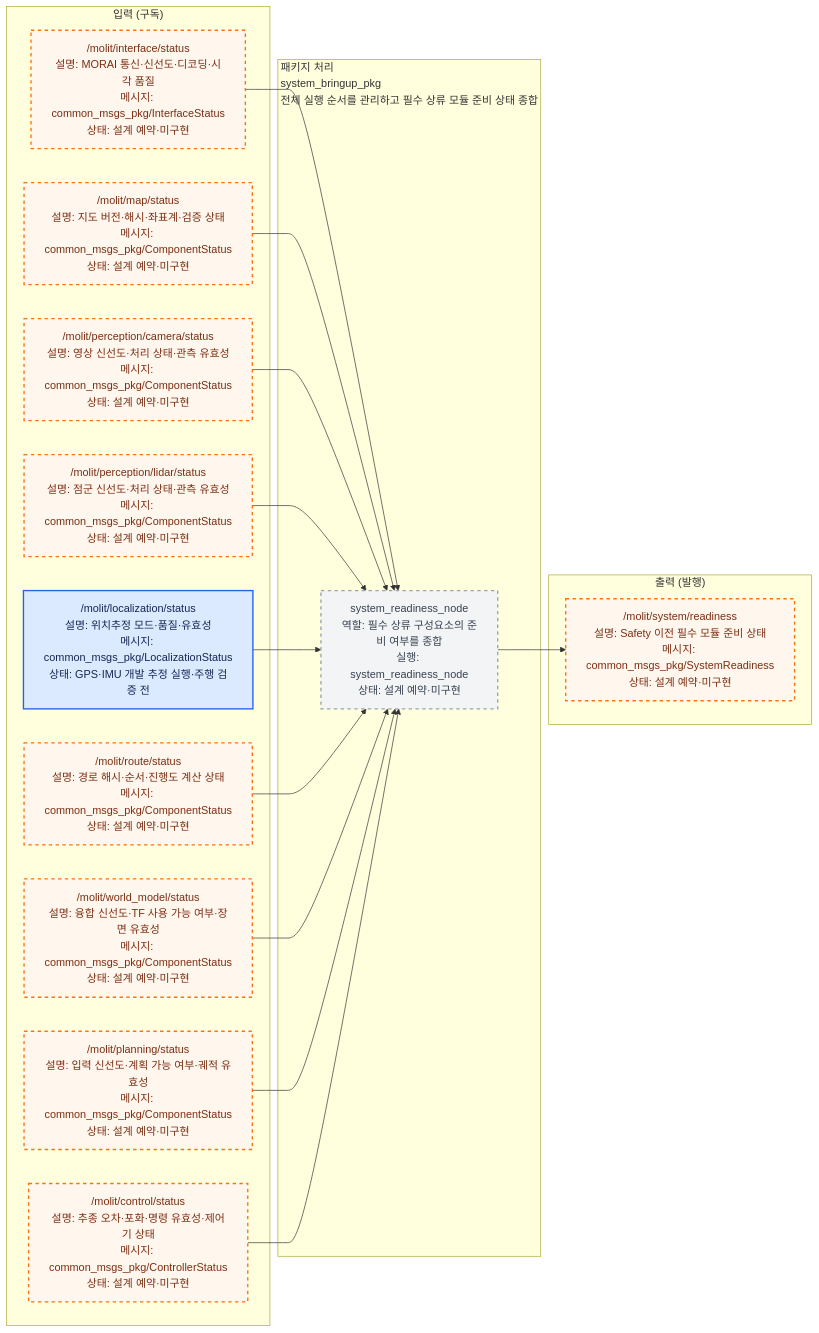
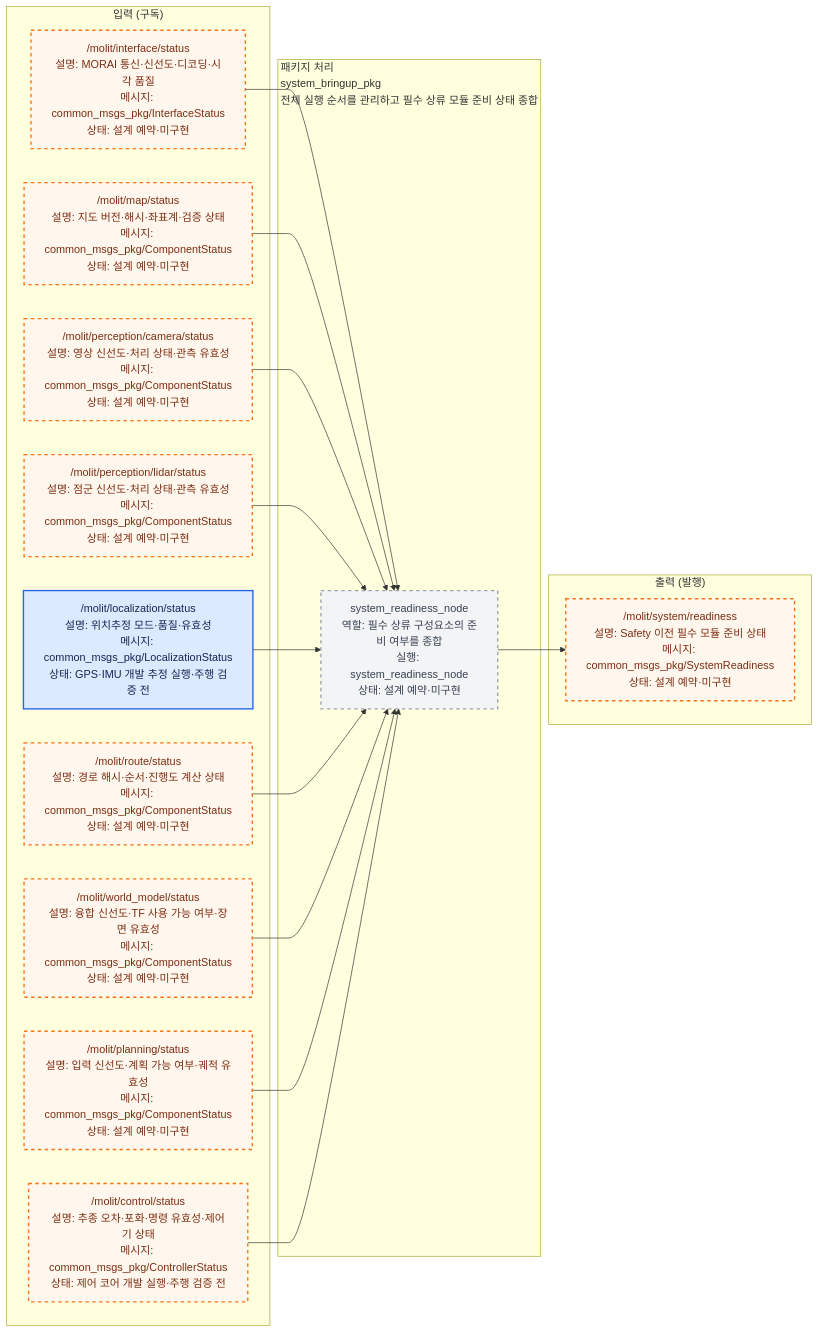
Before and after one commit to Team-Stier/Morai_Sim_team2: the diagram in src/system_bringup_pkg/docs/interface_io.mmd, drawn with Mermaid. The commit also changed 228 other files, not shown here.

```diff
--- a/src/system_bringup_pkg/docs/interface_io.mmd
+++ b/src/system_bringup_pkg/docs/interface_io.mmd
@@ -1,50 +1,50 @@
 %% AUTO-GENERATED by ros_architecture_pkg/scripts/generate_interface_diagrams.py. DO NOT EDIT.
 %% Source of truth: ros_architecture_pkg/config/interface_contract.yaml
 flowchart LR
     classDef liveNode fill:#dcfce7,color:#14532d,stroke:#16a34a,stroke-width:2px;
     classDef reservedNode fill:#f3f4f6,color:#374151,stroke:#9ca3af,stroke-width:2px,stroke-dasharray: 5 5;
     classDef liveTopic fill:#dbeafe,color:#172554,stroke:#2563eb,stroke-width:2px;
     classDef reservedTopic fill:#fff7ed,color:#7c2d12,stroke:#f97316,stroke-width:2px,stroke-dasharray: 5 5;
     classDef emptyPort fill:#ffffff,color:#6b7280,stroke:#d1d5db,stroke-dasharray: 3 3;
     classDef externalEndpoint fill:#f3e8ff,color:#581c87,stroke:#9333ea,stroke-width:3px;
 
     subgraph INPUTS["입력 (구독)"]
         input_000["/molit/interface/status<br/>설명: MORAI 통신·신선도·디코딩·시각 품질<br/>메시지: common_msgs_pkg/InterfaceStatus<br/>상태: 설계 예약·미구현"]
         input_001["/molit/map/status<br/>설명: 지도 버전·해시·좌표계·검증 상태<br/>메시지: common_msgs_pkg/ComponentStatus<br/>상태: 설계 예약·미구현"]
         input_002["/molit/perception/camera/status<br/>설명: 영상 신선도·처리 상태·관측 유효성<br/>메시지: common_msgs_pkg/ComponentStatus<br/>상태: 설계 예약·미구현"]
         input_003["/molit/perception/lidar/status<br/>설명: 점군 신선도·처리 상태·관측 유효성<br/>메시지: common_msgs_pkg/ComponentStatus<br/>상태: 설계 예약·미구현"]
         input_004["/molit/localization/status<br/>설명: 위치추정 모드·품질·유효성<br/>메시지: common_msgs_pkg/LocalizationStatus<br/>상태: GPS·IMU 개발 추정 실행·주행 검증 전"]
         input_005["/molit/route/status<br/>설명: 경로 해시·순서·진행도 계산 상태<br/>메시지: common_msgs_pkg/ComponentStatus<br/>상태: 설계 예약·미구현"]
         input_006["/molit/world_model/status<br/>설명: 융합 신선도·TF 사용 가능 여부·장면 유효성<br/>메시지: common_msgs_pkg/ComponentStatus<br/>상태: 설계 예약·미구현"]
         input_007["/molit/planning/status<br/>설명: 입력 신선도·계획 가능 여부·궤적 유효성<br/>메시지: common_msgs_pkg/ComponentStatus<br/>상태: 설계 예약·미구현"]
-        input_008["/molit/control/status<br/>설명: 추종 오차·포화·명령 유효성·제어기 상태<br/>메시지: common_msgs_pkg/ControllerStatus<br/>상태: 설계 예약·미구현"]
+        input_008["/molit/control/status<br/>설명: 추종 오차·포화·명령 유효성·제어기 상태<br/>메시지: common_msgs_pkg/ControllerStatus<br/>상태: 제어 코어 개발 실행·주행 검증 전"]
     end
     subgraph PACKAGE["패키지 처리<br/>system_bringup_pkg<br/>전체 실행 순서를 관리하고 필수 상류 모듈 준비 상태 종합"]
         local_node_000["system_readiness_node<br/>역할: 필수 상류 구성요소의 준비 여부를 종합<br/>실행: system_readiness_node<br/>상태: 설계 예약·미구현"]
     end
     subgraph OUTPUTS["출력 (발행)"]
         output_000["/molit/system/readiness<br/>설명: Safety 이전 필수 모듈 준비 상태<br/>메시지: common_msgs_pkg/SystemReadiness<br/>상태: 설계 예약·미구현"]
     end
 
     input_000 --> local_node_000
     input_001 --> local_node_000
     input_002 --> local_node_000
     input_003 --> local_node_000
     input_004 --> local_node_000
     input_005 --> local_node_000
     input_006 --> local_node_000
     input_007 --> local_node_000
     input_008 --> local_node_000
     local_node_000 --> output_000
 
     class local_node_000 reservedNode;
     class input_000 reservedTopic;
     class input_001 reservedTopic;
     class input_002 reservedTopic;
     class input_003 reservedTopic;
     class input_004 liveTopic;
     class input_005 reservedTopic;
     class input_006 reservedTopic;
     class input_007 reservedTopic;
     class input_008 reservedTopic;
     class output_000 reservedTopic;
```
